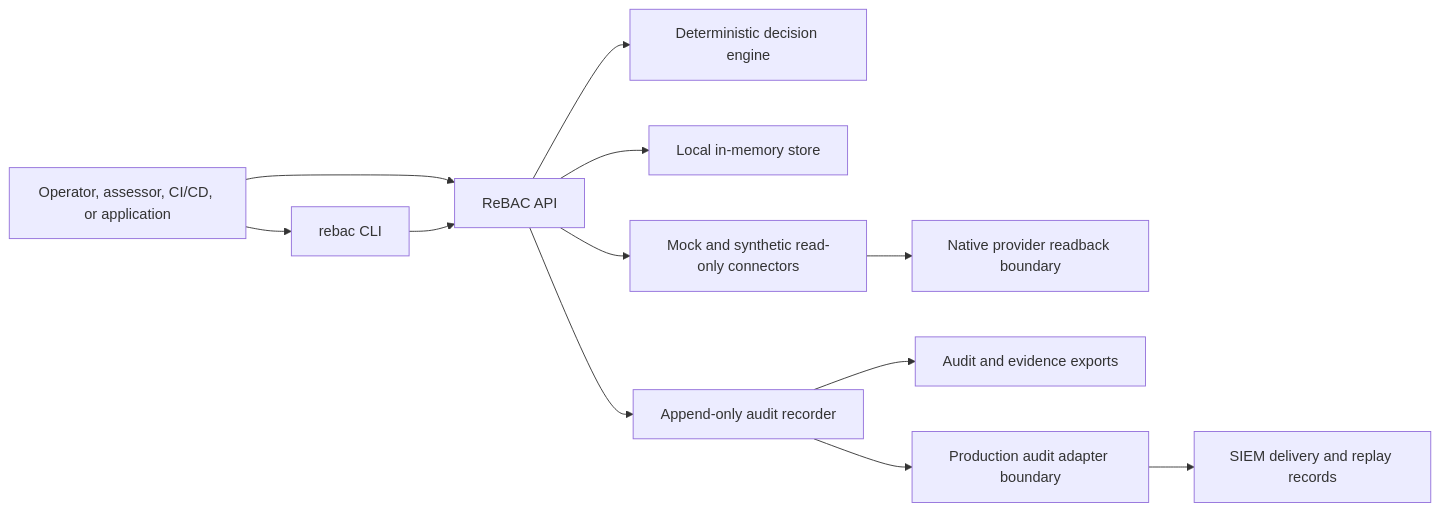
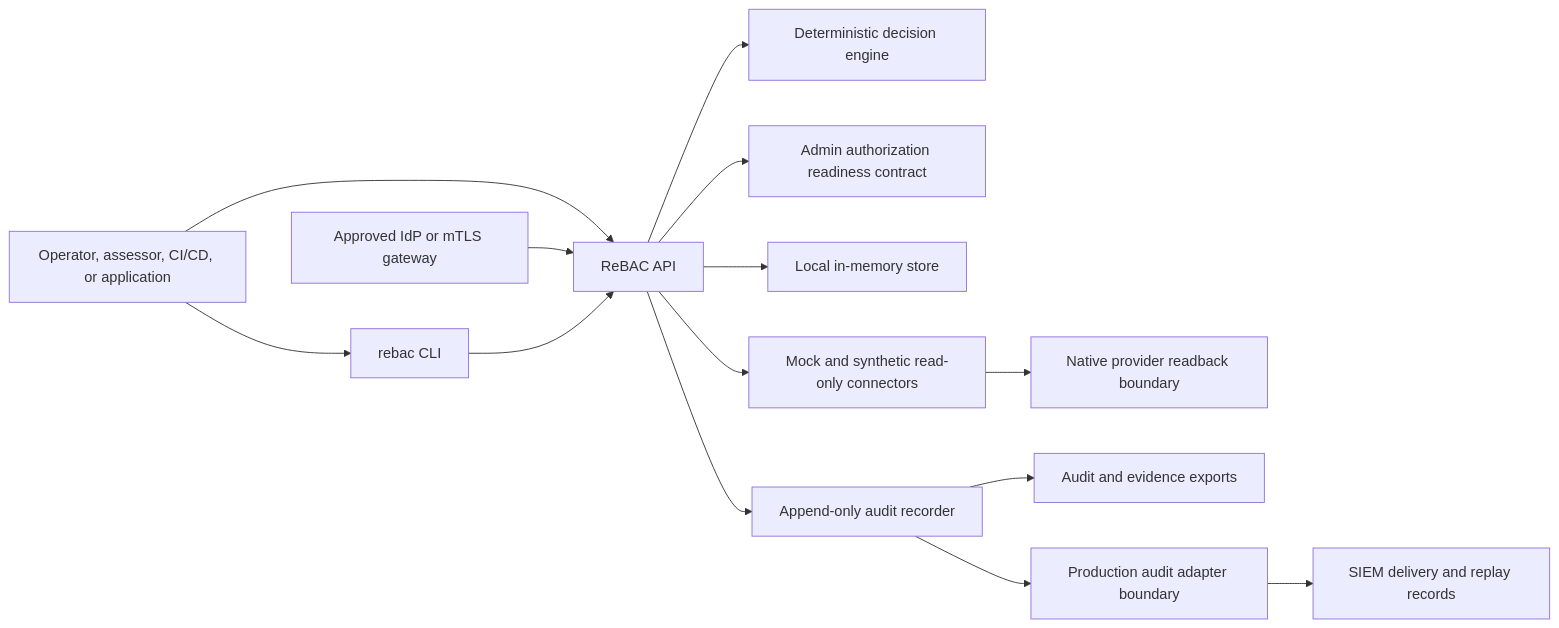
Before and after one commit to pbroom/access-kit: the diagram in docs/system-context-and-boundary.md, drawn with Mermaid. The commit also changed other lines of this file and 29 other files, not shown here.

Commit message:
feat: add admin authorization readiness (#76)

````diff
--- a/docs/system-context-and-boundary.md
+++ b/docs/system-context-and-boundary.md
@@ -21,14 +21,16 @@
 ```mermaid
 flowchart LR
   user["Operator, assessor, CI/CD, or application"] --> cli["rebac CLI"]
   user --> api["ReBAC API"]
+  idp["Approved IdP or mTLS gateway"] --> api
   cli --> api
   api --> engine["Deterministic decision engine"]
+  api --> adminauth["Admin authorization readiness contract"]
   api --> store["Local in-memory store"]
   api --> connectors["Mock and synthetic read-only connectors"]
   connectors --> native["Native provider readback boundary"]
   api --> audit["Append-only audit recorder"]
   audit --> evidence["Audit and evidence exports"]
   audit --> worm["Production audit adapter boundary"]
   worm --> siem["SIEM delivery and replay records"]
 ```
````
